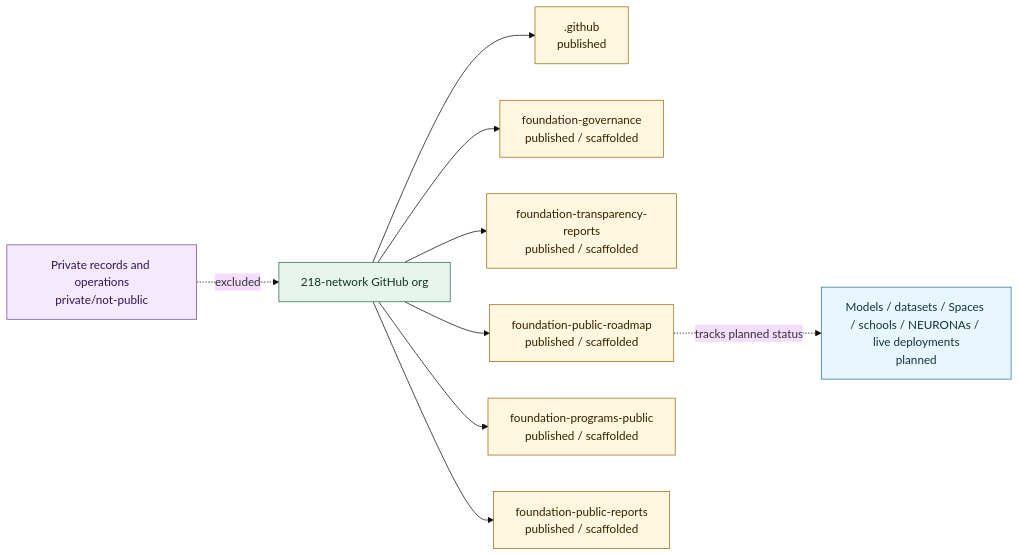
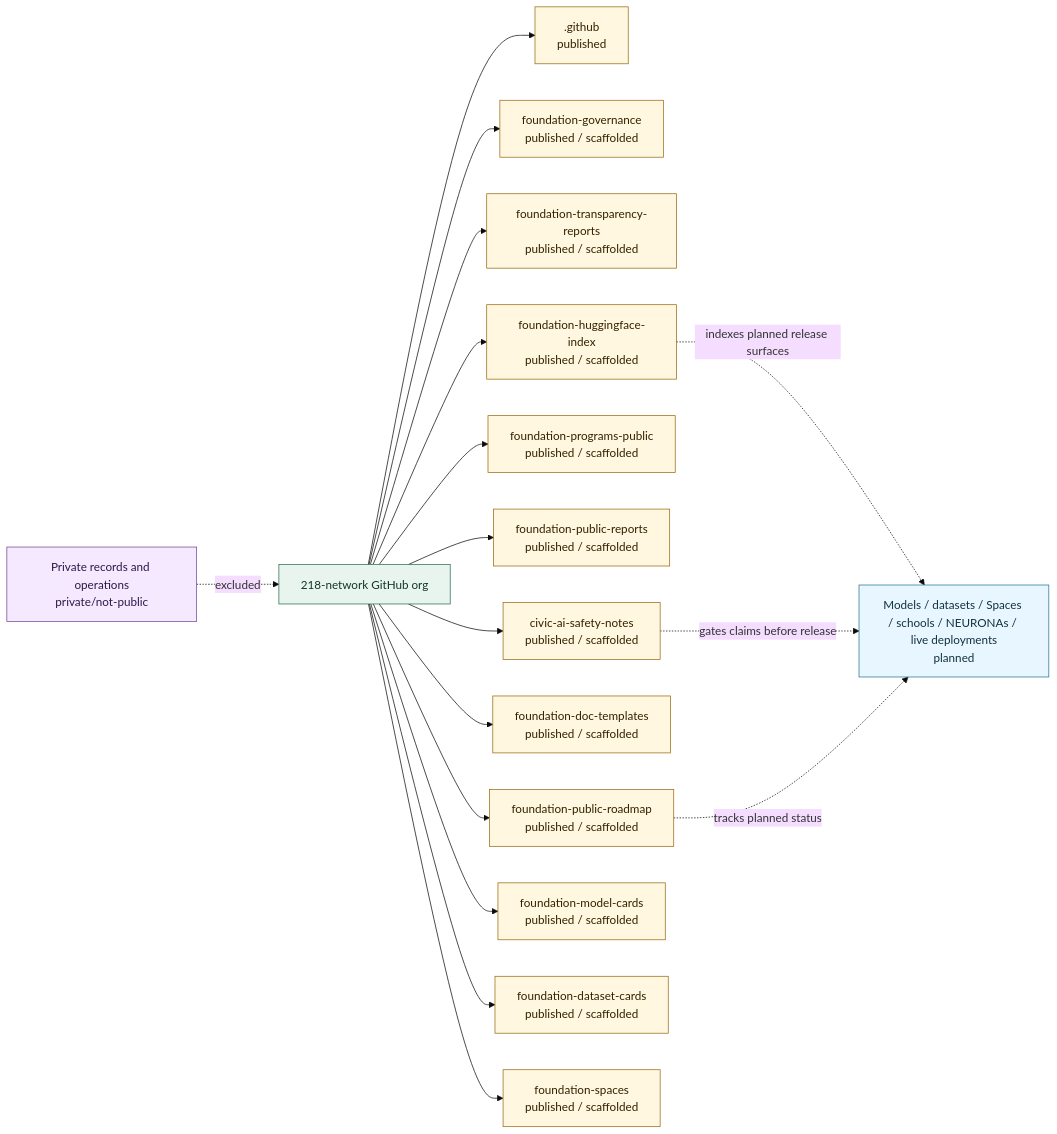
Before and after one commit to 218-network/foundation-public-roadmap: the diagram in docs/graphs/repo-status-map.md, drawn with Mermaid (base theme). The commit also changed other lines of this file and 3 other files, not shown here.

Commit message:
Update org navigation for second public batch

````diff
--- a/docs/graphs/repo-status-map.md
+++ b/docs/graphs/repo-status-map.md
@@ -9,29 +9,43 @@
 ```mermaid
 flowchart LR
     org["218-network GitHub org"]:::foundation
     profile[".github<br/>published"]:::public
     governance["foundation-governance<br/>published / scaffolded"]:::public
     transparency["foundation-transparency-reports<br/>published / scaffolded"]:::public
     roadmap["foundation-public-roadmap<br/>published / scaffolded"]:::public
     programs["foundation-programs-public<br/>published / scaffolded"]:::public
     reports["foundation-public-reports<br/>published / scaffolded"]:::public
+    hfIndex["foundation-huggingface-index<br/>published / scaffolded"]:::public
+    docTemplates["foundation-doc-templates<br/>published / scaffolded"]:::public
+    safetyNotes["civic-ai-safety-notes<br/>published / scaffolded"]:::public
+    modelCards["foundation-model-cards<br/>published / scaffolded"]:::public
+    datasetCards["foundation-dataset-cards<br/>published / scaffolded"]:::public
+    spaces["foundation-spaces<br/>published / scaffolded"]:::public
     futureArtifacts["Models / datasets / Spaces / schools / NEURONAs / live deployments<br/>planned"]:::release
     privateData["Private records and operations<br/>private/not-public"]:::private
 
     org --> profile
     org --> governance
     org --> transparency
     org --> roadmap
     org --> programs
     org --> reports
+    org --> hfIndex
+    org --> docTemplates
+    org --> safetyNotes
+    org --> modelCards
+    org --> datasetCards
+    org --> spaces
+    hfIndex -. indexes planned release surfaces .-> futureArtifacts
+    safetyNotes -. gates claims before release .-> futureArtifacts
     roadmap -. tracks planned status .-> futureArtifacts
     privateData -. excluded .-> org
 
     classDef entity fill:#e7f0ff,stroke:#315a9f,color:#0f274d
     classDef foundation fill:#e8f5ee,stroke:#2b6b4d,color:#123526
     classDef public fill:#fff7df,stroke:#9a6a12,color:#332100
     classDef private fill:#f4e9ff,stroke:#70479c,color:#2f1749
     classDef sealed fill:#ffe8e8,stroke:#a33a3a,color:#4a1111
     classDef release fill:#e8f7ff,stroke:#277491,color:#12323e
     classDef workflow fill:#eef0f3,stroke:#58606b,color:#20242a
 ```
````
